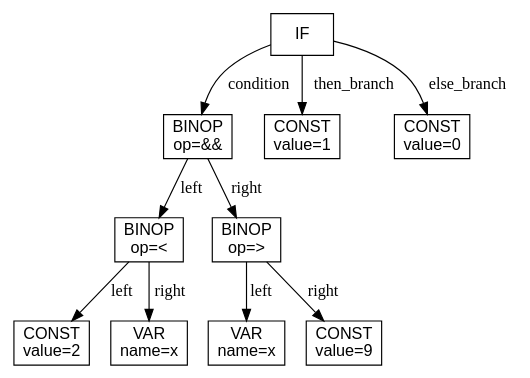
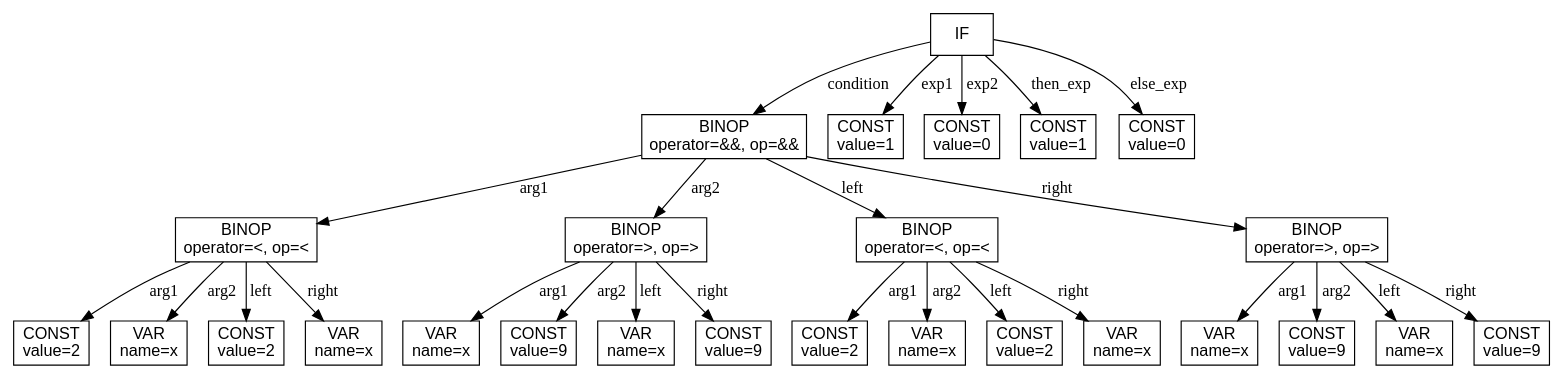
The diagram in Universität/Übersetzung und Analyse von Programmen/Projekte/Projekt_4/uap25_pro3_python/dotFiles/condition.ast.dot (mjanssen0212-spec/private), drawn with Graphviz before and after one commit. The commit also changed 11 other files, not shown here.

```diff
--- a/Universität/Übersetzung und Analyse von Programmen/Projekte/Projekt_4/uap25_pro3_python/dotFiles/condition.ast.dot
+++ b/Universität/Übersetzung und Analyse von Programmen/Projekte/Projekt_4/uap25_pro3_python/dotFiles/condition.ast.dot
@@ -1,22 +1,54 @@
 digraph AST {
   node [shape=box, fontname="Arial"];
   n0 [label="IF"];
-  n1 [label="BINOP\nop=&amp;&amp;"];
-  n2 [label="BINOP\nop=&lt;"];
+  n1 [label="BINOP\noperator=&amp;&amp;, op=&amp;&amp;"];
+  n2 [label="BINOP\noperator=&lt;, op=&lt;"];
   n3 [label="CONST\nvalue=2"];
-  n2 -> n3 [label="left"];
+  n2 -> n3 [label="arg1"];
   n4 [label="VAR\nname=x"];
-  n2 -> n4 [label="right"];
-  n1 -> n2 [label="left"];
-  n5 [label="BINOP\nop=&gt;"];
+  n2 -> n4 [label="arg2"];
+  n5 [label="CONST\nvalue=2"];
+  n2 -> n5 [label="left"];
   n6 [label="VAR\nname=x"];
-  n5 -> n6 [label="left"];
-  n7 [label="CONST\nvalue=9"];
-  n5 -> n7 [label="right"];
-  n1 -> n5 [label="right"];
+  n2 -> n6 [label="right"];
+  n1 -> n2 [label="arg1"];
+  n7 [label="BINOP\noperator=&gt;, op=&gt;"];
+  n8 [label="VAR\nname=x"];
+  n7 -> n8 [label="arg1"];
+  n9 [label="CONST\nvalue=9"];
+  n7 -> n9 [label="arg2"];
+  n10 [label="VAR\nname=x"];
+  n7 -> n10 [label="left"];
+  n11 [label="CONST\nvalue=9"];
+  n7 -> n11 [label="right"];
+  n1 -> n7 [label="arg2"];
+  n12 [label="BINOP\noperator=&lt;, op=&lt;"];
+  n13 [label="CONST\nvalue=2"];
+  n12 -> n13 [label="arg1"];
+  n14 [label="VAR\nname=x"];
+  n12 -> n14 [label="arg2"];
+  n15 [label="CONST\nvalue=2"];
+  n12 -> n15 [label="left"];
+  n16 [label="VAR\nname=x"];
+  n12 -> n16 [label="right"];
+  n1 -> n12 [label="left"];
+  n17 [label="BINOP\noperator=&gt;, op=&gt;"];
+  n18 [label="VAR\nname=x"];
+  n17 -> n18 [label="arg1"];
+  n19 [label="CONST\nvalue=9"];
+  n17 -> n19 [label="arg2"];
+  n20 [label="VAR\nname=x"];
+  n17 -> n20 [label="left"];
+  n21 [label="CONST\nvalue=9"];
+  n17 -> n21 [label="right"];
+  n1 -> n17 [label="right"];
   n0 -> n1 [label="condition"];
-  n8 [label="CONST\nvalue=1"];
-  n0 -> n8 [label="then_branch"];
-  n9 [label="CONST\nvalue=0"];
-  n0 -> n9 [label="else_branch"];
+  n22 [label="CONST\nvalue=1"];
+  n0 -> n22 [label="exp1"];
+  n23 [label="CONST\nvalue=0"];
+  n0 -> n23 [label="exp2"];
+  n24 [label="CONST\nvalue=1"];
+  n0 -> n24 [label="then_exp"];
+  n25 [label="CONST\nvalue=0"];
+  n0 -> n25 [label="else_exp"];
 }
```
